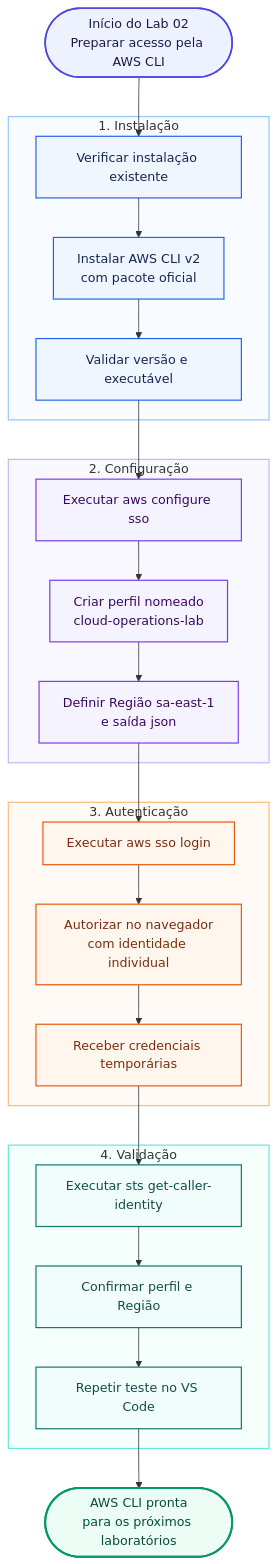
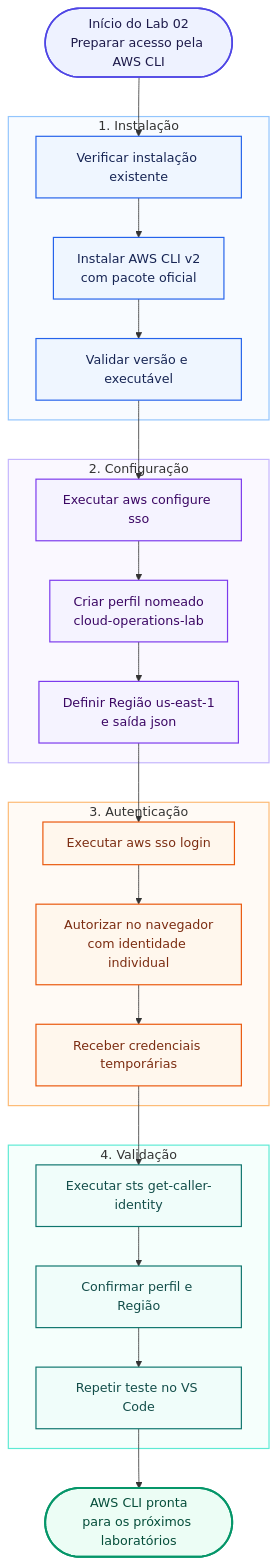
One commit to itamarsb/cloud-infrastructure-operations-lab changed the diagram in labs/02-aws-cli-installation-and-configuration/README.md. Above: the diagram before and after it, drawn with Mermaid.

````diff
--- a/labs/02-aws-cli-installation-and-configuration/README.md
+++ b/labs/02-aws-cli-installation-and-configuration/README.md
@@ -97,54 +97,54 @@
 ```mermaid
 flowchart TB
     START(["Início do Lab 02<br/>Preparar acesso pela AWS CLI"])
 
     subgraph INSTALL["1. Instalação"]
         CHECK["Verificar instalação existente"]
         MSI["Instalar AWS CLI v2<br/>com pacote oficial"]
         VERSION["Validar versão e executável"]
     end
 
     subgraph CONFIG["2. Configuração"]
         SSO["Executar aws configure sso"]
         PROFILE["Criar perfil nomeado<br/>cloud-operations-lab"]
-        DEFAULTS["Definir Região sa-east-1<br/>e saída json"]
+        DEFAULTS["Definir Região us-east-1<br/>e saída json"]
     end
 
     subgraph AUTH["3. Autenticação"]
         LOGIN["Executar aws sso login"]
         PORTAL["Autorizar no navegador<br/>com identidade individual"]
         CACHE["Receber credenciais temporárias"]
     end
 
     subgraph VALIDATE["4. Validação"]
         STS["Executar sts get-caller-identity"]
         REGION["Confirmar perfil e Região"]
         VSCODE["Repetir teste no VS Code"]
     end
 
     READY(["AWS CLI pronta<br/>para os próximos laboratórios"])
 
     START --> CHECK --> MSI --> VERSION
     VERSION --> SSO --> PROFILE --> DEFAULTS
     DEFAULTS --> LOGIN --> PORTAL --> CACHE
     CACHE --> STS --> REGION --> VSCODE --> READY
 
     classDef start fill:#eef2ff,stroke:#4f46e5,color:#1e1b4b,stroke-width:2px
     classDef install fill:#eff6ff,stroke:#2563eb,color:#172554,stroke-width:1.5px
     classDef config fill:#f5f3ff,stroke:#7c3aed,color:#3b0764,stroke-width:1.5px
     classDef auth fill:#fff7ed,stroke:#ea580c,color:#7c2d12,stroke-width:1.5px
     classDef validation fill:#f0fdfa,stroke:#0f766e,color:#134e4a,stroke-width:1.5px
     classDef success fill:#ecfdf5,stroke:#059669,color:#064e3b,stroke-width:2.5px
 
     class START start
     class CHECK,MSI,VERSION install
     class SSO,PROFILE,DEFAULTS config
     class LOGIN,PORTAL,CACHE auth
     class STS,REGION,VSCODE validation
     class READY success
 
     style INSTALL fill:#f8fbff,stroke:#93c5fd,stroke-width:1.5px
     style CONFIG fill:#faf8ff,stroke:#c4b5fd,stroke-width:1.5px
     style AUTH fill:#fffaf5,stroke:#fdba74,stroke-width:1.5px
     style VALIDATE fill:#f5fffc,stroke:#5eead4,stroke-width:1.5px
 ```
````
